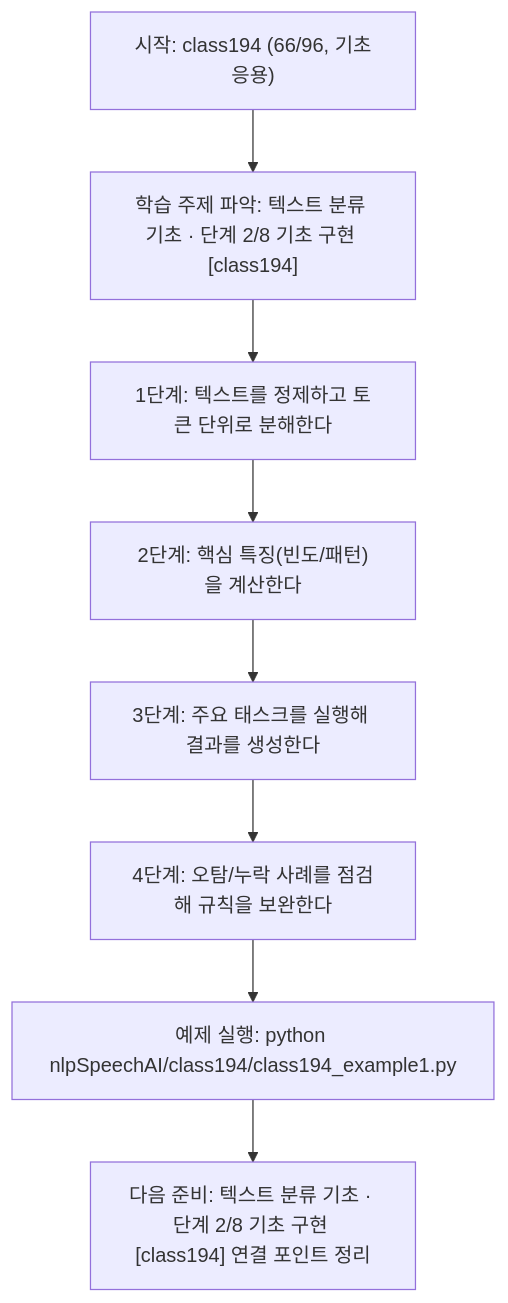
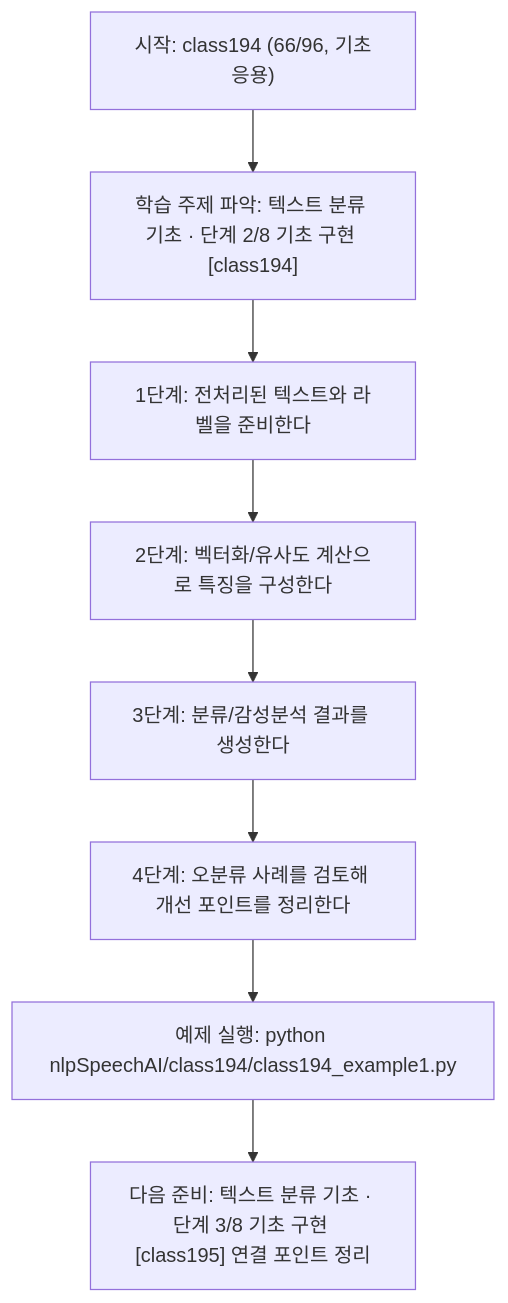
One commit to edumgt/Python-AI_Agent-Class changed the diagram in nlpSpeechAI/class194/class194.md. Above: the diagram before and after it, drawn with Mermaid. The commit also changed other lines of this file and 1122 other files, not shown here.

````diff
--- a/nlpSpeechAI/class194/class194.md
+++ b/nlpSpeechAI/class194/class194.md
@@ -114,18 +95,18 @@
 ```mermaid
 flowchart TD
 N1["시작: class194 (66/96, 기초응용)"]
 N2["학습 주제 파악: 텍스트 분류 기초 · 단계 2/8 기초 구현 [class194]"]
-N3["1단계: 텍스트를 정제하고 토큰 단위로 분해한다"]
-N4["2단계: 핵심 특징(빈도/패턴)을 계산한다"]
-N5["3단계: 주요 태스크를 실행해 결과를 생성한다"]
-N6["4단계: 오탐/누락 사례를 점검해 규칙을 보완한다"]
+N3["1단계: 전처리된 텍스트와 라벨을 준비한다"]
+N4["2단계: 벡터화/유사도 계산으로 특징을 구성한다"]
+N5["3단계: 분류/감성분석 결과를 생성한다"]
+N6["4단계: 오분류 사례를 검토해 개선 포인트를 정리한다"]
 N7["예제 실행: python nlpSpeechAI/class194/class194_example1.py"]
-N8["다음 준비: 텍스트 분류 기초 · 단계 2/8 기초 구현 [class194] 연결 포인트 정리"]
+N8["다음 준비: 텍스트 분류 기초 · 단계 3/8 기초 구현 [class195] 연결 포인트 정리"]
 N1 --> N2
 N2 --> N3
 N3 --> N4
 N4 --> N5
 N5 --> N6
 N6 --> N7
 N7 --> N8
 ```
````
